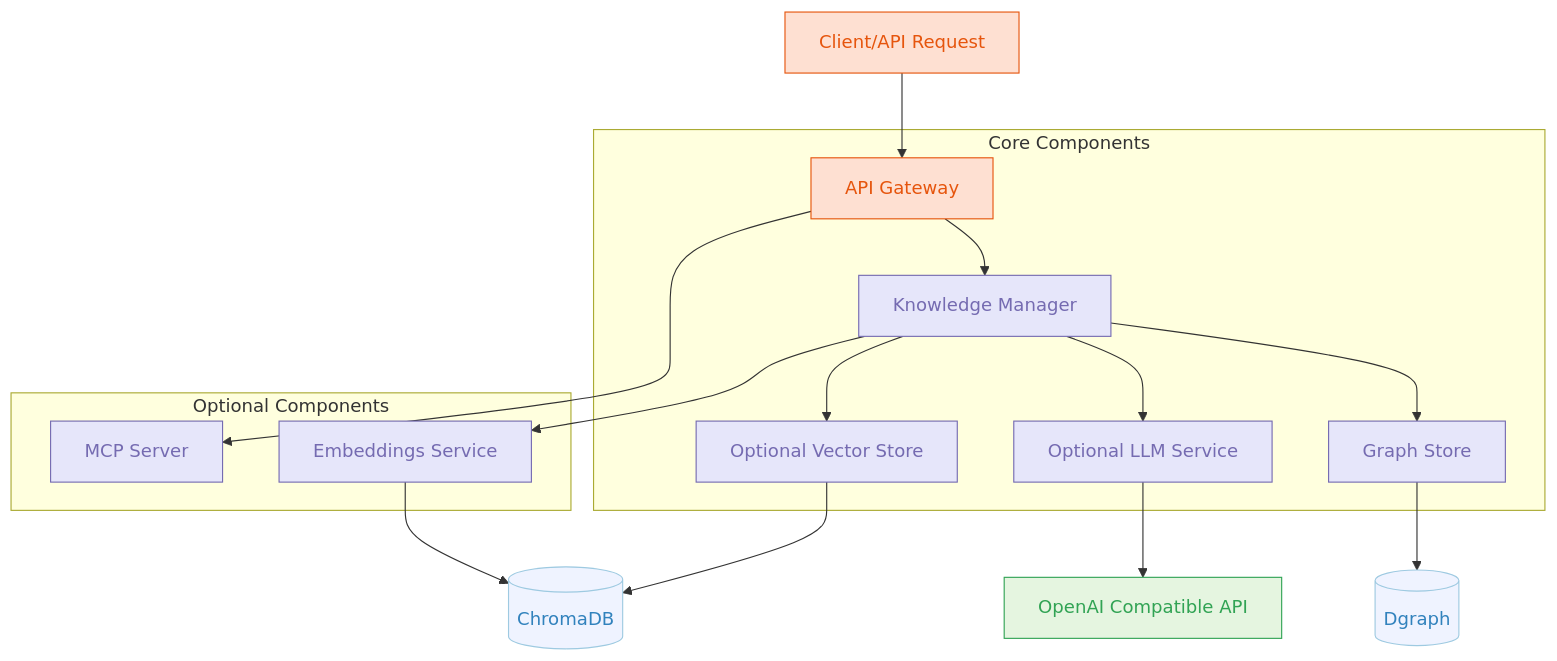
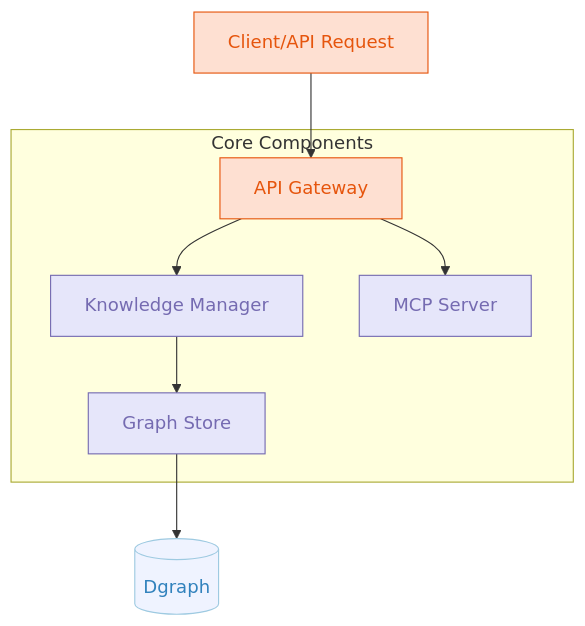
One commit to sammcj/neural-graf changed the diagram in docs/project-overview.md. Above: the diagram before and after it, drawn with Mermaid. The commit also changed other lines of this file and 1 other file, not shown here.

````diff
--- a/docs/project-overview.md
+++ b/docs/project-overview.md
@@ -23,29 +21,18 @@
 ```mermaid
 graph TB
     A[Client/API Request] --> B[API Gateway]
     subgraph Core Components
         B --> C[Knowledge Manager]
         C --> D[Graph Store]
-        C --> F[Optional LLM Service]
-        C --> E[Optional Vector Store]
-    end
-    subgraph Optional Components
         G[MCP Server]
-        H[Embeddings Service]
     end
     B --> G
-    C --> H
     D --> I[(Dgraph)]
-    E --> J[(ChromaDB)]
-    F --> K[OpenAI Compatible API]
-    H --> J
     classDef components fill:#E6E6FA,stroke:#756BB1,color:#756BB1
     classDef inputOutput fill:#FEE0D2,stroke:#E6550D,color:#E6550D
     classDef data fill:#EFF3FF,stroke:#9ECAE1,color:#3182BD
     classDef process fill:#EAF5EA,stroke:#C6E7C6,color:#77AD77
-    classDef llm fill:#E5F5E0,stroke:#31A354,color:#31A354
     class A,B inputOutput
-    class C,D,E,F,G,H components
-    class I,J data
-    class K llm
+    class C,D,G components
+    class I data
 ```
````
